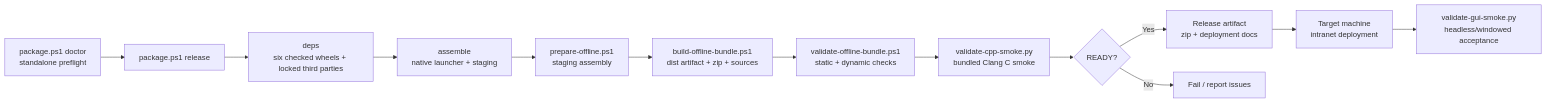
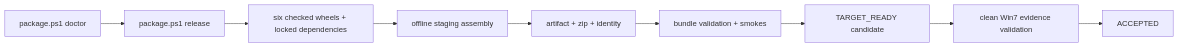
The diagram in docs/product/packaging-and-deployment.md (czh869452912/ccode-win7), drawn with Mermaid before and after one commit. The commit also changed other lines of this file and 42 other files, not shown here.

Commit message:
docs: converge current architecture authorities

````diff
--- a/docs/product/packaging-and-deployment.md
+++ b/docs/product/packaging-and-deployment.md
@@ -129,15 +74,11 @@
 ```mermaid
 flowchart LR
-    P["package.ps1 doctor<br/>standalone preflight"] --> A["package.ps1 release"]
-    A --> W["deps<br/>six checked wheels + locked third parties"]
-    W --> L["assemble<br/>native launcher + staging"]
-    L --> B["prepare-offline.ps1<br/>staging assembly"]
-    B --> C["build-offline-bundle.ps1<br/>dist artifact + zip + sources"]
-    C --> D["validate-offline-bundle.ps1<br/>static + dynamic checks"]
-    D --> J["validate-cpp-smoke.py<br/>bundled Clang C smoke"]
-    J --> E{READY?}
-    E -->|Yes| F["Release artifact<br/>zip + deployment docs"]
-    E -->|No| G["Fail / report issues"]
-    F --> H["Target machine<br/>intranet deployment"]
-    H --> I["validate-gui-smoke.py<br/>headless/windowed acceptance"]
+    D["package.ps1 doctor"] --> R["package.ps1 release"]
+    R --> W["six checked wheels + locked dependencies"]
+    W --> A["offline staging assembly"]
+    A --> Z["artifact + zip + identity"]
+    Z --> V["bundle validation + smokes"]
+    V --> T["TARGET_READY candidate"]
+    T --> E["clean Win7 evidence validation"]
+    E --> C["ACCEPTED"]
 ```
````
